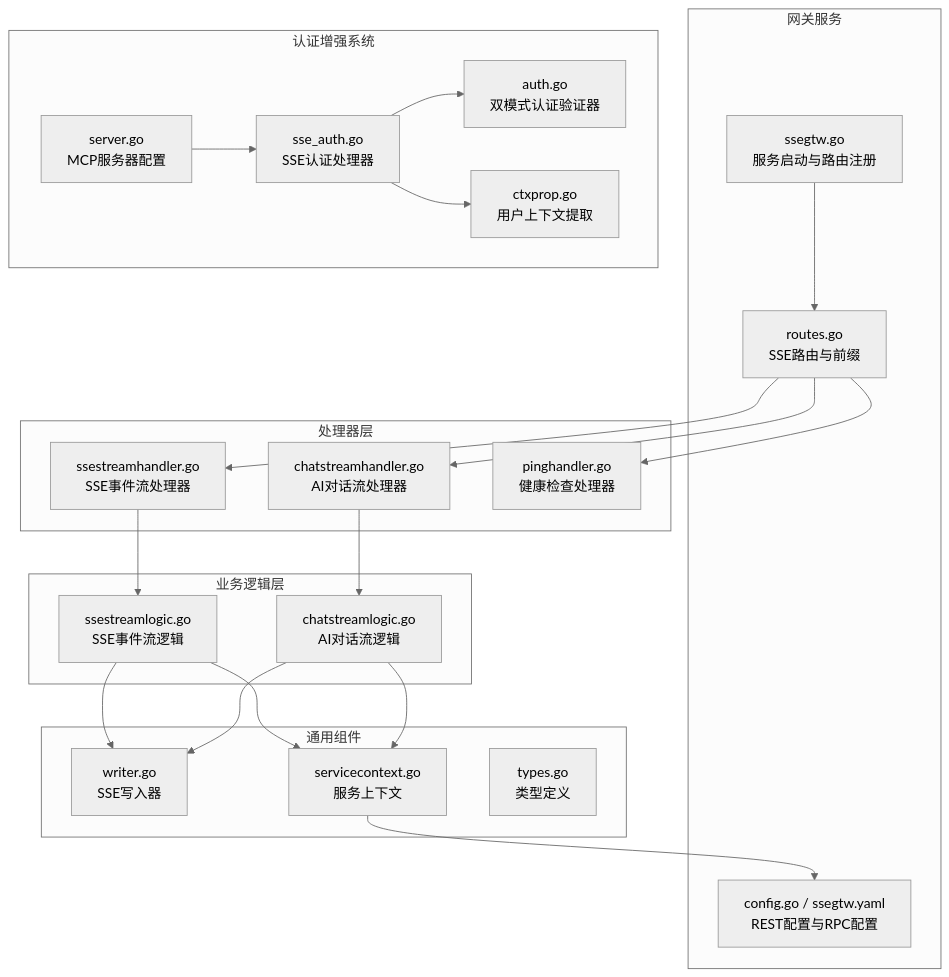
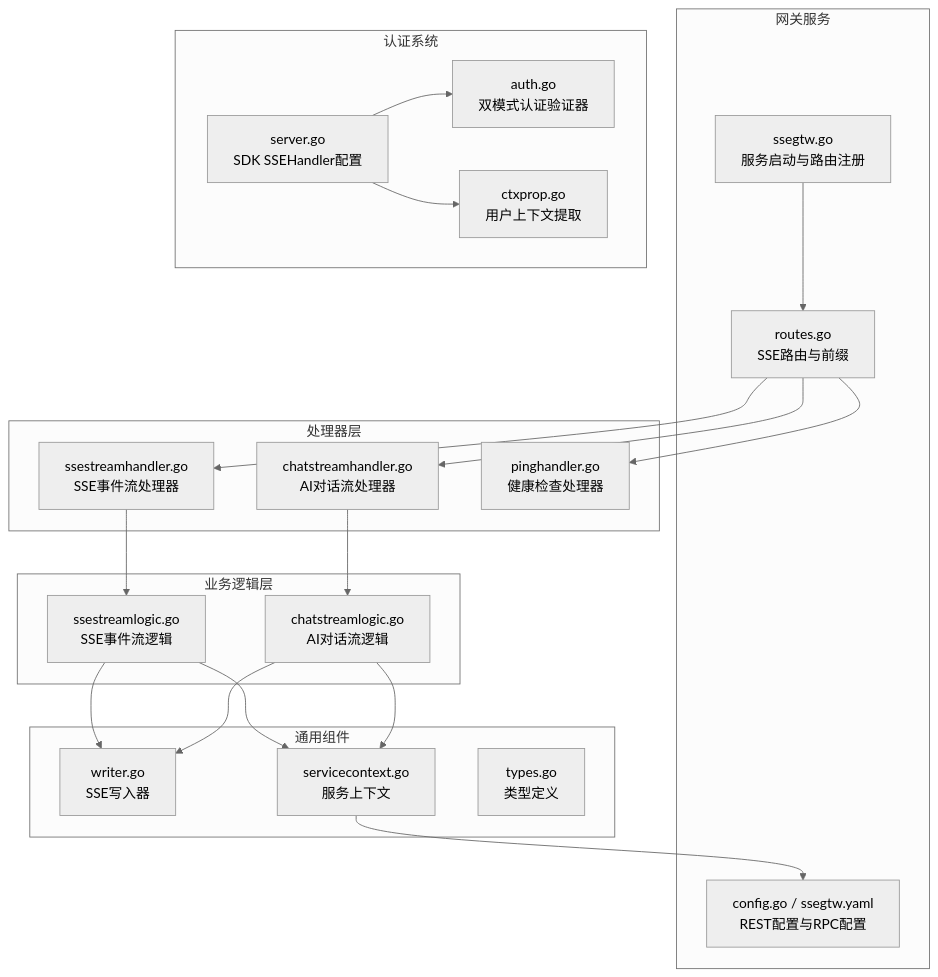
The first of 9 diagrams in .qoder/repowiki/zh/content/实时通信模块/Server-Sent Events流式传输.md (maomao94/zero-service), drawn with Mermaid (neutral theme) before and after one commit. The commit also changed other lines of this file and 11 other files, not shown here.

````diff
--- a/.qoder/repowiki/zh/content/实时通信模块/Server-Sent Events流式传输.md
+++ b/.qoder/repowiki/zh/content/实时通信模块/Server-Sent Events流式传输.md
@@ -63,42 +62,40 @@
 ```mermaid
 graph TB
 subgraph "网关服务"
 A["ssegtw.go<br/>服务启动与路由注册"]
 B["routes.go<br/>SSE路由与前缀"]
 C["config.go / ssegtw.yaml<br/>REST配置与RPC配置"]
 end
 subgraph "处理器层"
 D["ssestreamhandler.go<br/>SSE事件流处理器"]
 E["chatstreamhandler.go<br/>AI对话流处理器"]
 F["pinghandler.go<br/>健康检查处理器"]
 end
 subgraph "业务逻辑层"
 G["ssestreamlogic.go<br/>SSE事件流逻辑"]
 H["chatstreamlogic.go<br/>AI对话流逻辑"]
 end
 subgraph "通用组件"
 I["writer.go<br/>SSE写入器"]
 J["servicecontext.go<br/>服务上下文"]
 K["types.go<br/>类型定义"]
 end
-subgraph "认证增强系统"
-L["sse_auth.go<br/>SSE认证处理器"]
+subgraph "认证系统"
+L["server.go<br/>SDK SSEHandler配置"]
 M["auth.go<br/>双模式认证验证器"]
 N["ctxprop.go<br/>用户上下文提取"]
-O["server.go<br/>MCP服务器配置"]
 end
 A --> B
 B --> D
 B --> E
 B --> F
 D --> G
 E --> H
 G --> I
 H --> I
 G --> J
 H --> J
 J --> C
 L --> M
 L --> N
-O --> L
 ```
````
